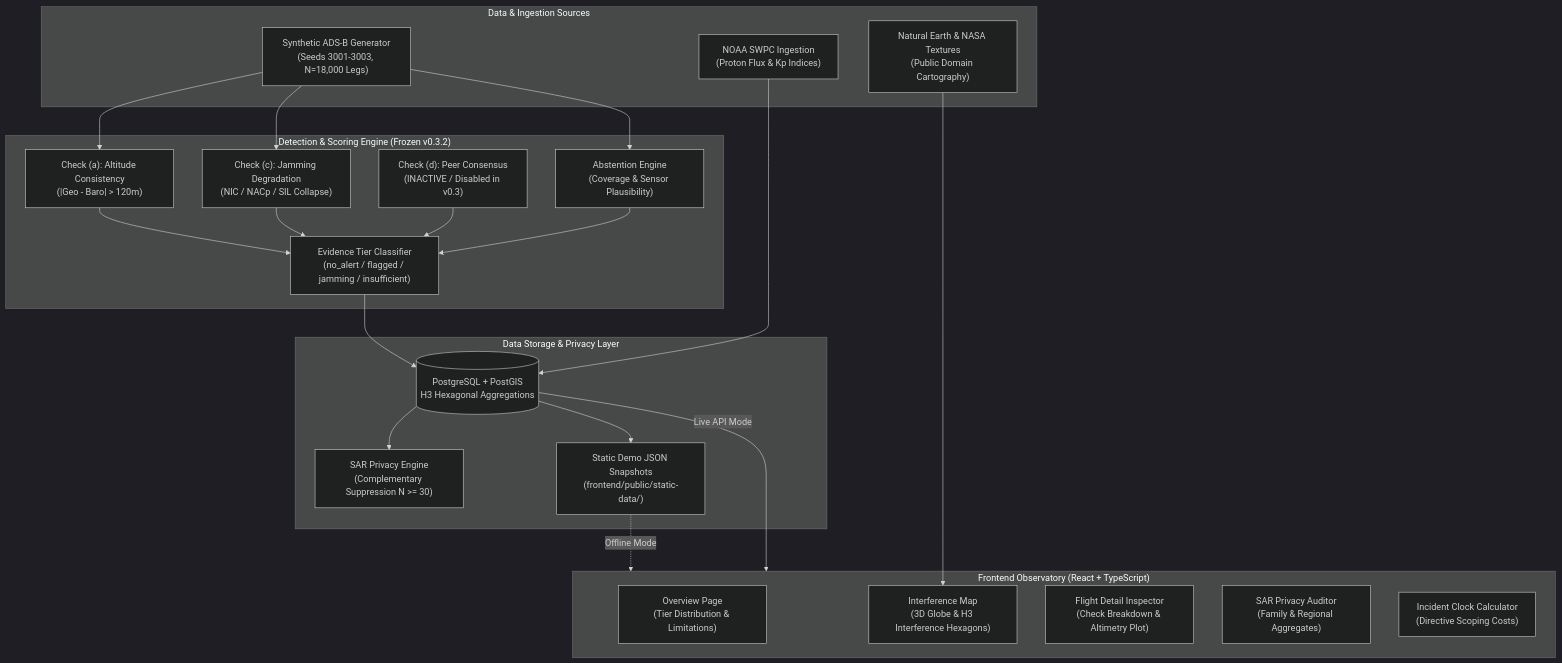
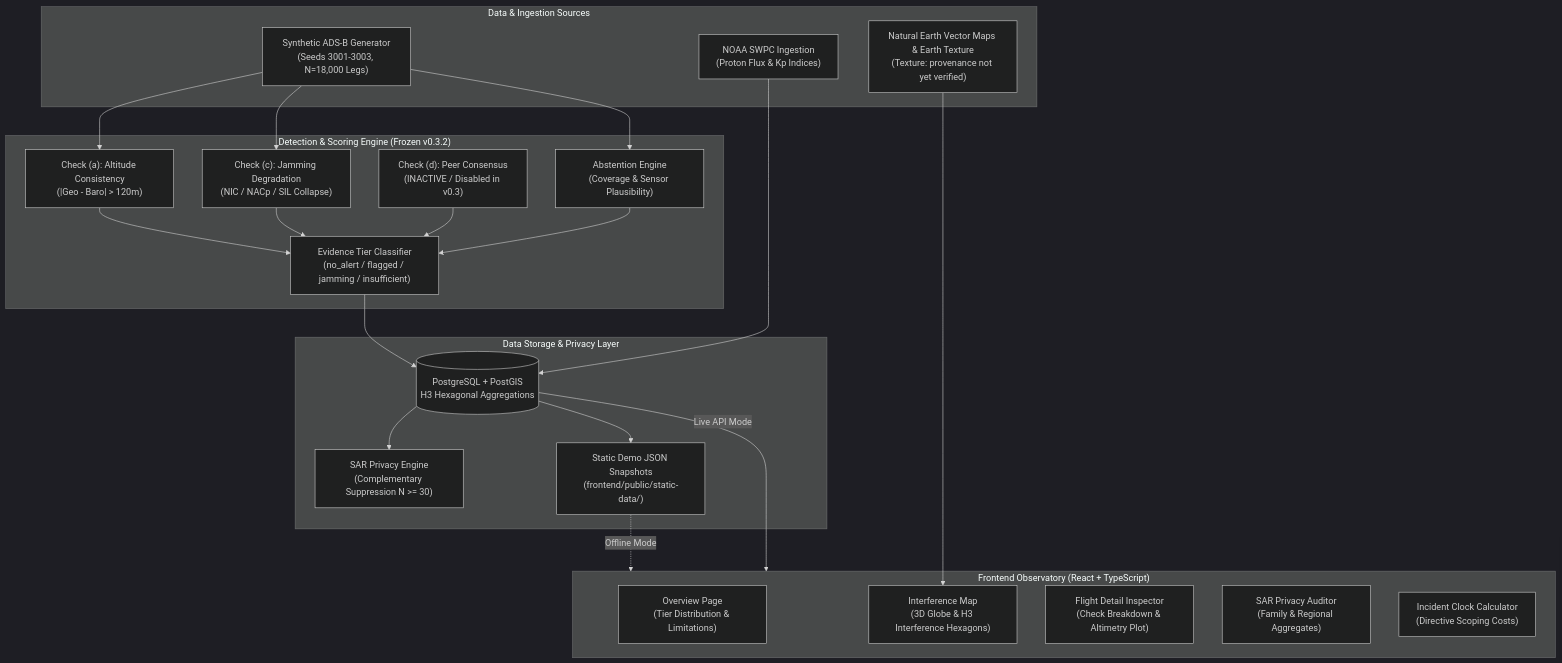
The diagram in README.md (Pratikshukla13/AeroTrust), drawn with Mermaid (dark theme) before and after one commit. The commit also changed other lines of this file and 27 other files, not shown here.

Commit message:
Phase 8.2: Accessibility heading and role compliance, test integrity verification, and texture provenance disclosure

````diff
--- a/README.md
+++ b/README.md
@@ -55,40 +55,40 @@
 ```mermaid
 flowchart TD
     subgraph Data_Sources ["Data & Ingestion Sources"]
         ADS_B["Synthetic ADS-B Generator<br/>(Seeds 3001-3003, N=18,000 Legs)"]
         SWPC["NOAA SWPC Ingestion<br/>(Proton Flux & Kp Indices)"]
-        NE_GEO["Natural Earth & NASA Textures<br/>(Public Domain Cartography)"]
+        NE_GEO["Natural Earth Vector Maps & Earth Texture<br/>(Texture: provenance not yet verified)"]
     end
 
     subgraph Core_Engine ["Detection & Scoring Engine (Frozen v0.3.2)"]
         CHECK_A["Check (a): Altitude Consistency<br/>(|Geo - Baro| > 120m)"]
         CHECK_C["Check (c): Jamming Degradation<br/>(NIC / NACp / SIL Collapse)"]
         CHECK_D["Check (d): Peer Consensus<br/>(INACTIVE / Disabled in v0.3)"]
         ABSTAIN["Abstention Engine<br/>(Coverage & Sensor Plausibility)"]
         TIER_MAP["Evidence Tier Classifier<br/>(no_alert / flagged / jamming / insufficient)"]
     end
 
     subgraph Storage_Layer ["Data Storage & Privacy Layer"]
         PG_DB[("PostgreSQL + PostGIS<br/>H3 Hexagonal Aggregations")]
         SAR_ENG["SAR Privacy Engine<br/>(Complementary Suppression N >= 30)"]
         STATIC_SNAPS["Static Demo JSON Snapshots<br/>(frontend/public/static-data/)"]
     end
 
     subgraph Observatory_UI ["Frontend Observatory (React + TypeScript)"]
         UI_OVERVIEW["Overview Page<br/>(Tier Distribution & Limitations)"]
         UI_MAP["Interference Map<br/>(3D Globe & H3 Interference Hexagons)"]
         UI_FLIGHT["Flight Detail Inspector<br/>(Check Breakdown & Altimetry Plot)"]
         UI_SAR["SAR Privacy Auditor<br/>(Family & Regional Aggregates)"]
         UI_INCIDENT["Incident Clock Calculator<br/>(Directive Scoping Costs)"]
     end
 
     ADS_B --> CHECK_A & CHECK_C & ABSTAIN
     CHECK_A & CHECK_C & CHECK_D & ABSTAIN --> TIER_MAP
     TIER_MAP --> PG_DB
     SWPC --> PG_DB
     PG_DB --> SAR_ENG
     PG_DB --> STATIC_SNAPS
     STATIC_SNAPS -.->|Offline Mode| Observatory_UI
     PG_DB -->|Live API Mode| Observatory_UI
     NE_GEO --> UI_MAP
 ```
````
